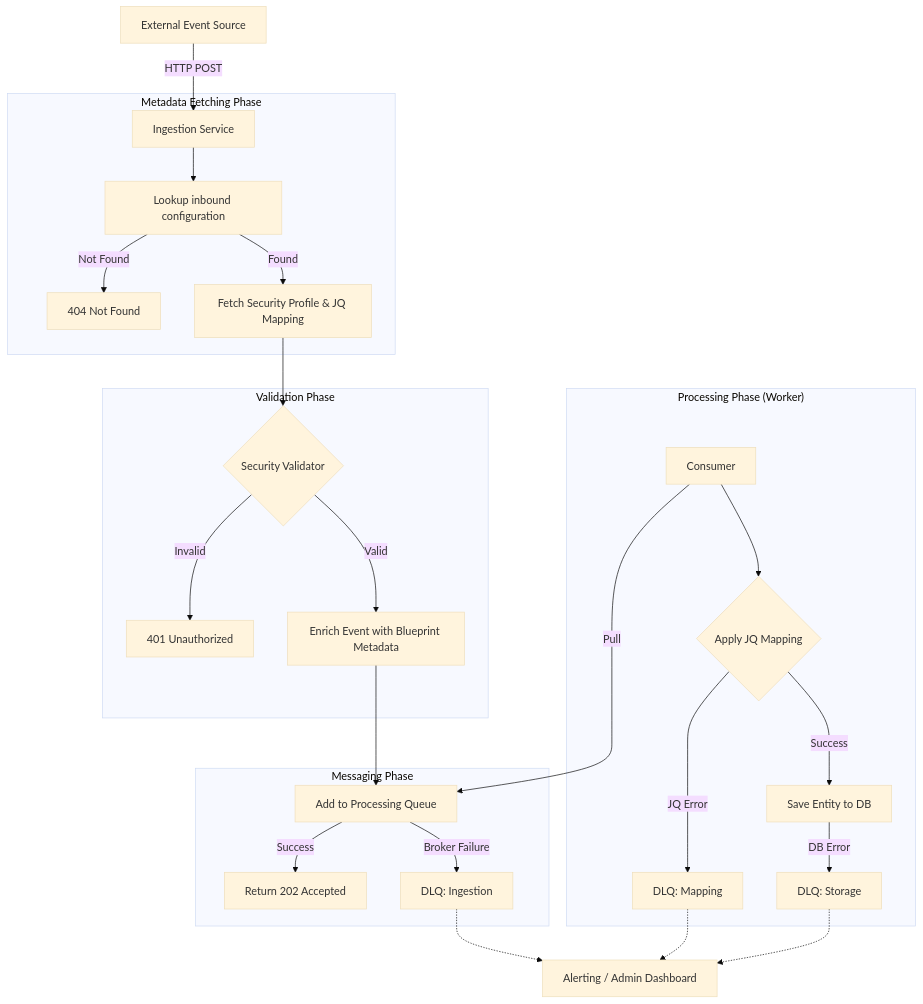
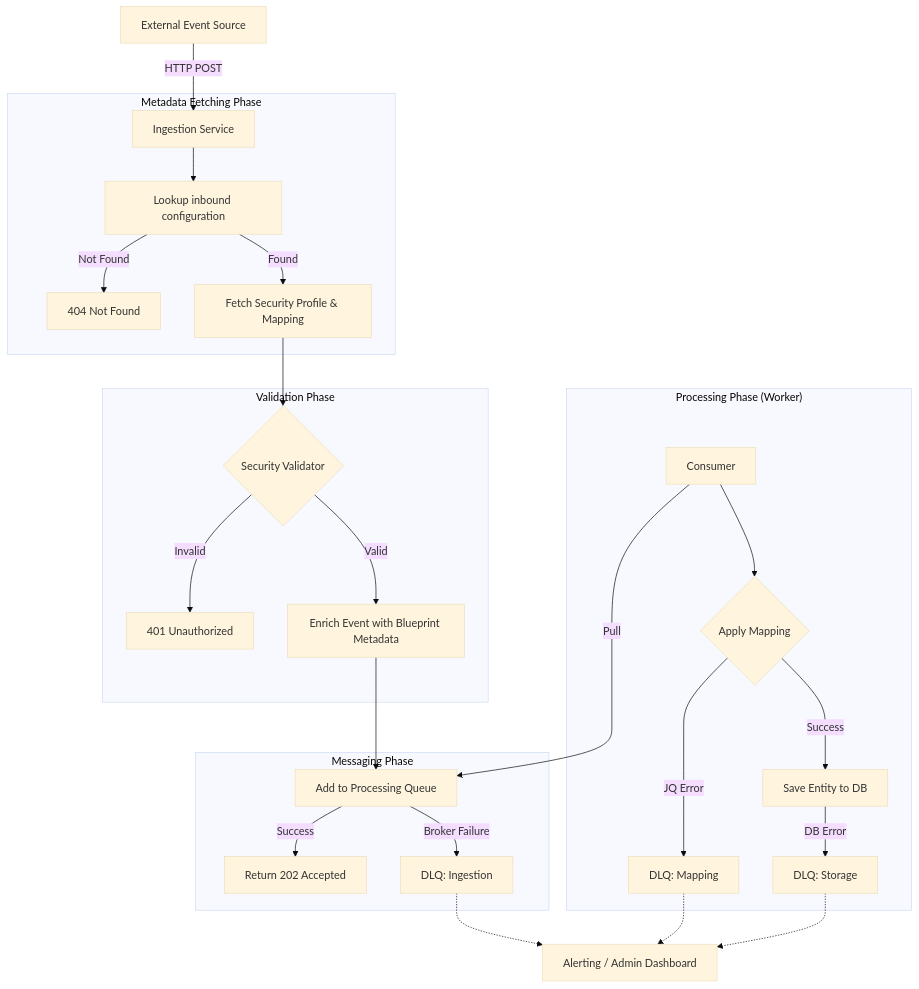
The diagram in docs/src/contributing/adrs/0003-data-ingestion-framework.md (Decathlon/internal-developer-platform), drawn with Mermaid (base theme) before and after one commit. The commit also changed other lines of this file, not shown here.

````diff
--- a/docs/src/contributing/adrs/0003-data-ingestion-framework.md
+++ b/docs/src/contributing/adrs/0003-data-ingestion-framework.md
@@ -25,36 +25,36 @@
 ```mermaid
 graph TD
     %% Entry Point
     A[External Event Source] -->|HTTP POST| B[Ingestion Service]
 
     subgraph "Metadata Fetching Phase"
         B --> C[Lookup inbound configuration]
         C -->|Not Found| D[404 Not Found]
-        C -->|Found| E[Fetch Security Profile & JQ Mapping]
+        C -->|Found| E[Fetch Security Profile & Mapping]
     end
 
     subgraph "Validation Phase"
         E --> F{Security Validator}
         F -->|Invalid| G[401 Unauthorized]
         F -->|Valid| H[Enrich Event with Blueprint Metadata]
     end
 
     subgraph "Messaging Phase"
         H --> I[Add to Processing Queue]
         I -->|Success| J[Return 202 Accepted]
         I -->|Broker Failure| K[DLQ: Ingestion]
     end
 
     subgraph "Processing Phase (Worker)"
         L[Consumer] -->|Pull| I
-        L --> M{Apply JQ Mapping}
+        L --> M{Apply Mapping}
         M -->|JQ Error| N[DLQ: Mapping]
         M -->|Success| O[Save Entity to DB]
         O -->|DB Error| P[DLQ: Storage]
     end
 
     %% Error Management
     K -.-> Q[Alerting / Admin Dashboard]
     N -.-> Q
     P -.-> Q
 ```
````
